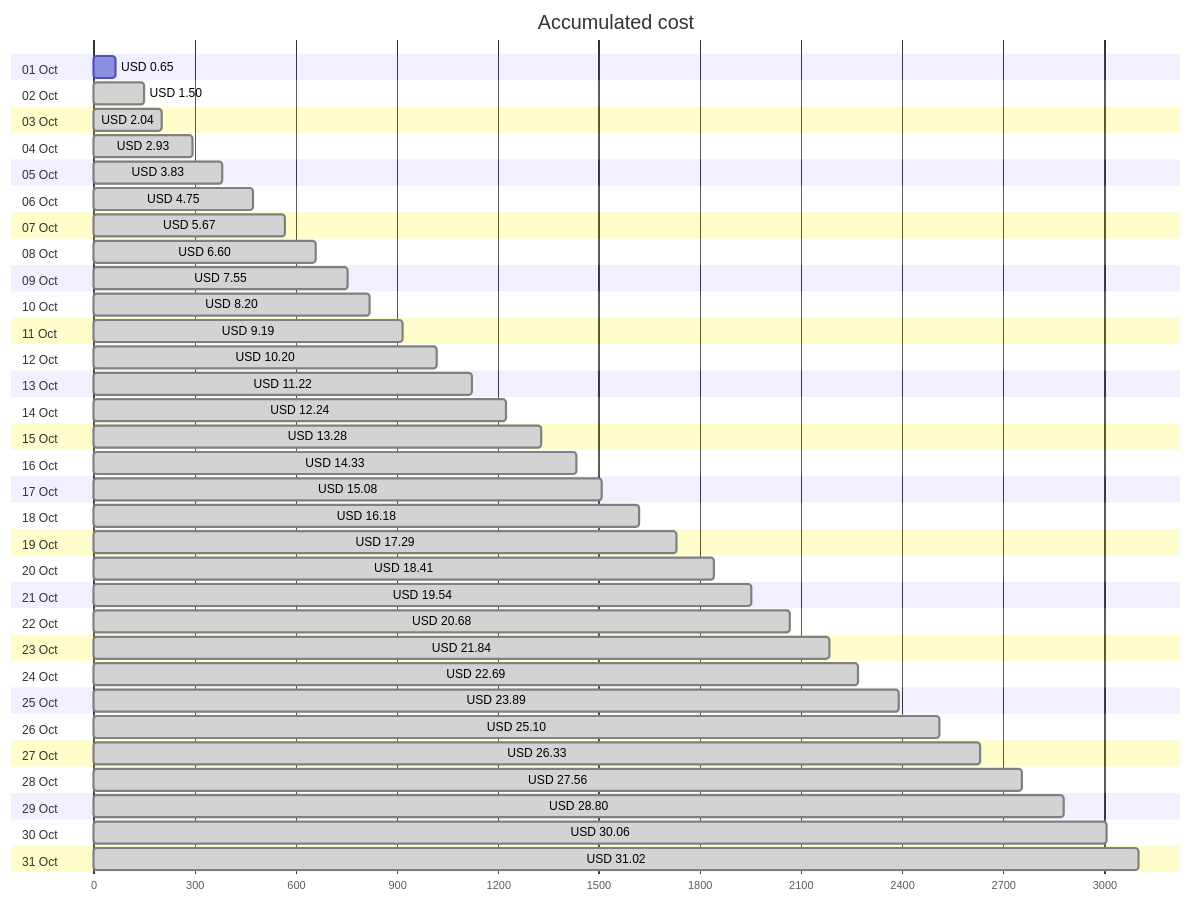
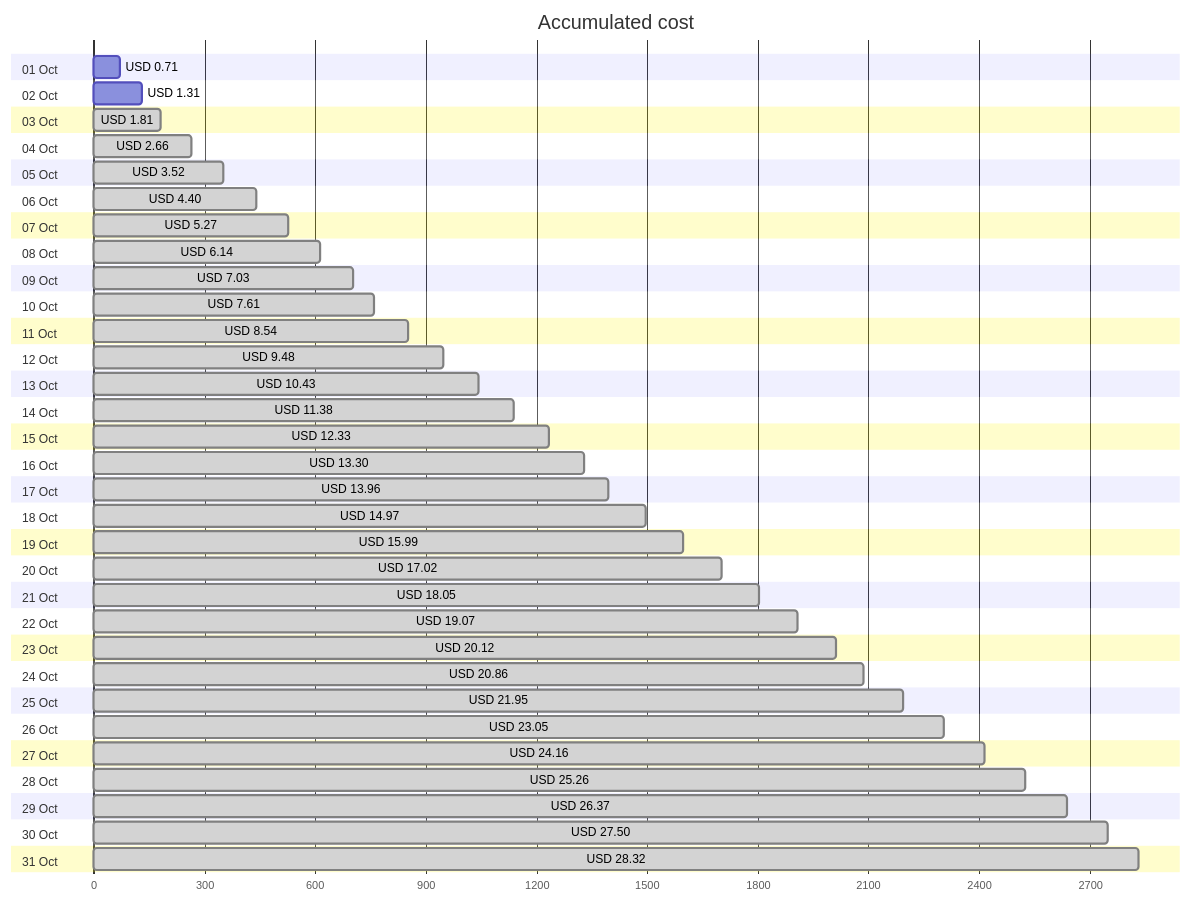
One commit to jpfulton/azure-personal-reports changed the first of 4 diagrams in cost-reports/personal-network/backup-server-data-disk.md. Above: the diagram before and after it, drawn with Mermaid. The commit also changed other lines of this file and 8 other files, not shown here.

````diff
--- a/cost-reports/personal-network/backup-server-data-disk.md
+++ b/cost-reports/personal-network/backup-server-data-disk.md
@@ -20,68 +20,68 @@
 ```mermaid
 gantt
    title Accumulated cost
    dateFormat  X
    axisFormat %s
    section 01 Oct
-   USD 0.65 :0, 65
+   USD 0.71 :0, 71
    section 02 Oct
-   USD 1.50 : done, 0, 150
+   USD 1.31 :0, 131
    section 03 Oct
-   USD 2.04 : done, 0, 204
+   USD 1.81 : done, 0, 181
    section 04 Oct
-   USD 2.93 : done, 0, 293
+   USD 2.66 : done, 0, 266
    section 05 Oct
-   USD 3.83 : done, 0, 383
+   USD 3.52 : done, 0, 352
    section 06 Oct
-   USD 4.75 : done, 0, 475
+   USD 4.40 : done, 0, 440
    section 07 Oct
-   USD 5.67 : done, 0, 567
+   USD 5.27 : done, 0, 527
    section 08 Oct
-   USD 6.60 : done, 0, 660
+   USD 6.14 : done, 0, 614
    section 09 Oct
-   USD 7.55 : done, 0, 755
+   USD 7.03 : done, 0, 703
    section 10 Oct
-   USD 8.20 : done, 0, 820
+   USD 7.61 : done, 0, 761
    section 11 Oct
-   USD 9.19 : done, 0, 919
+   USD 8.54 : done, 0, 854
    section 12 Oct
-   USD 10.20 : done, 0, 1020
+   USD 9.48 : done, 0, 948
    section 13 Oct
-   USD 11.22 : done, 0, 1122
+   USD 10.43 : done, 0, 1043
    section 14 Oct
-   USD 12.24 : done, 0, 1224
+   USD 11.38 : done, 0, 1138
    section 15 Oct
-   USD 13.28 : done, 0, 1328
+   USD 12.33 : done, 0, 1233
    section 16 Oct
-   USD 14.33 : done, 0, 1433
+   USD 13.30 : done, 0, 1330
    section 17 Oct
-   USD 15.08 : done, 0, 1508
+   USD 13.96 : done, 0, 1396
    section 18 Oct
-   USD 16.18 : done, 0, 1618
+   USD 14.97 : done, 0, 1497
    section 19 Oct
-   USD 17.29 : done, 0, 1729
+   USD 15.99 : done, 0, 1599
    section 20 Oct
-   USD 18.41 : done, 0, 1841
+   USD 17.02 : done, 0, 1702
    section 21 Oct
-   USD 19.54 : done, 0, 1954
+   USD 18.05 : done, 0, 1805
    section 22 Oct
-   USD 20.68 : done, 0, 2068
+   USD 19.07 : done, 0, 1907
    section 23 Oct
-   USD 21.84 : done, 0, 2184
+   USD 20.12 : done, 0, 2012
    section 24 Oct
-   USD 22.69 : done, 0, 2269
+   USD 20.86 : done, 0, 2086
    section 25 Oct
-   USD 23.89 : done, 0, 2389
+   USD 21.95 : done, 0, 2195
    section 26 Oct
-   USD 25.10 : done, 0, 2510
+   USD 23.05 : done, 0, 2305
    section 27 Oct
-   USD 26.33 : done, 0, 2633
+   USD 24.16 : done, 0, 2416
    section 28 Oct
-   USD 27.56 : done, 0, 2756
+   USD 25.26 : done, 0, 2526
    section 29 Oct
-   USD 28.80 : done, 0, 2880
+   USD 26.37 : done, 0, 2637
    section 30 Oct
-   USD 30.06 : done, 0, 3006
+   USD 27.50 : done, 0, 2750
    section 31 Oct
-   USD 31.02 : done, 0, 3102
+   USD 28.32 : done, 0, 2832
 ```
````
